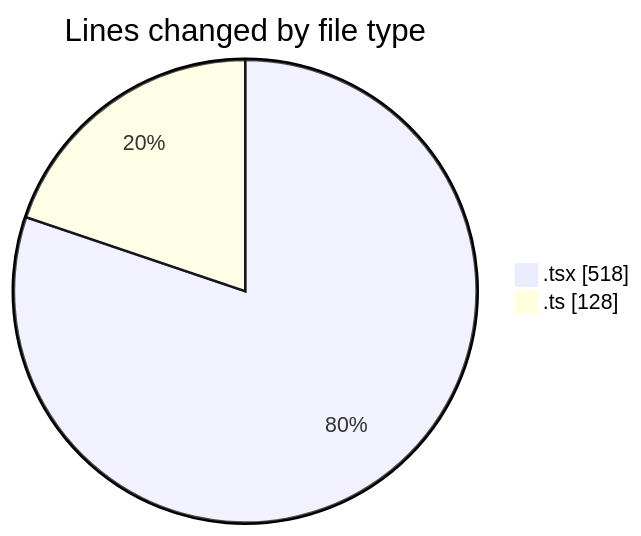
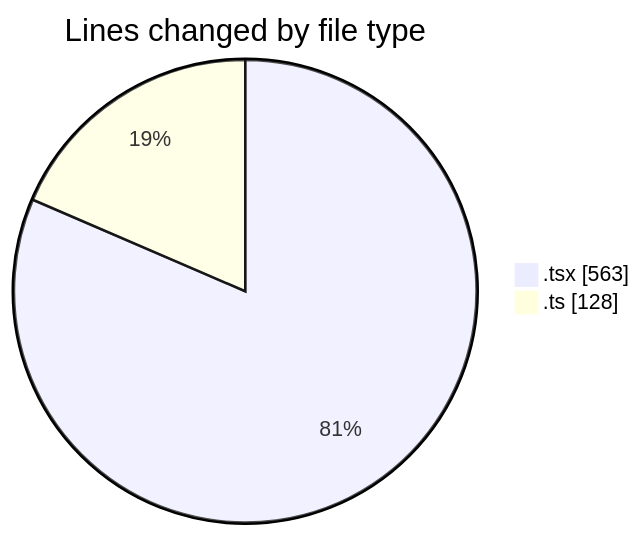
One commit to nxtqubesakshisongat/code-tracking changed the first of 2 diagrams in 2026-04-20/airfeed-analytics-dashboard/README.md. Above: the diagram before and after it, drawn with Mermaid. The commit also changed other lines of this file and 1 other file, not shown here.

````diff
--- a/2026-04-20/airfeed-analytics-dashboard/README.md
+++ b/2026-04-20/airfeed-analytics-dashboard/README.md
@@ -23,6 +23,6 @@
 ```mermaid
 pie showData
 title Lines changed by file type
-".tsx" : 518
+".tsx" : 563
 ".ts" : 128
 ```
````
